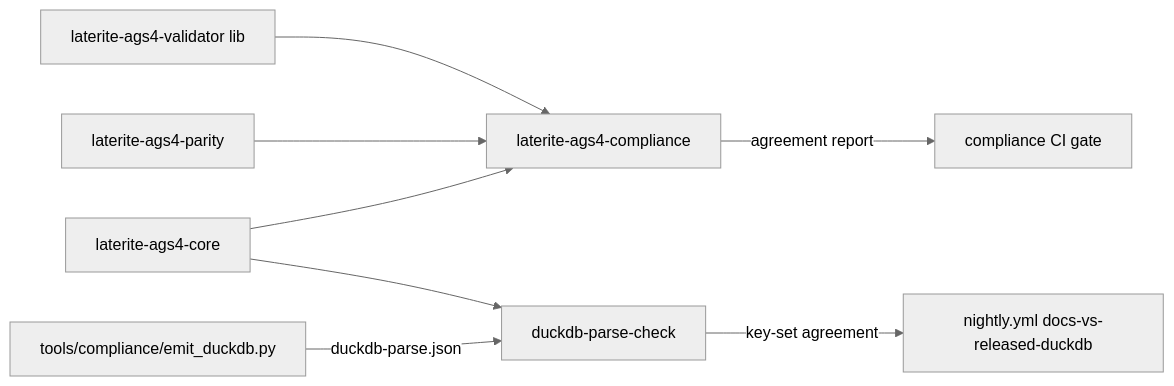
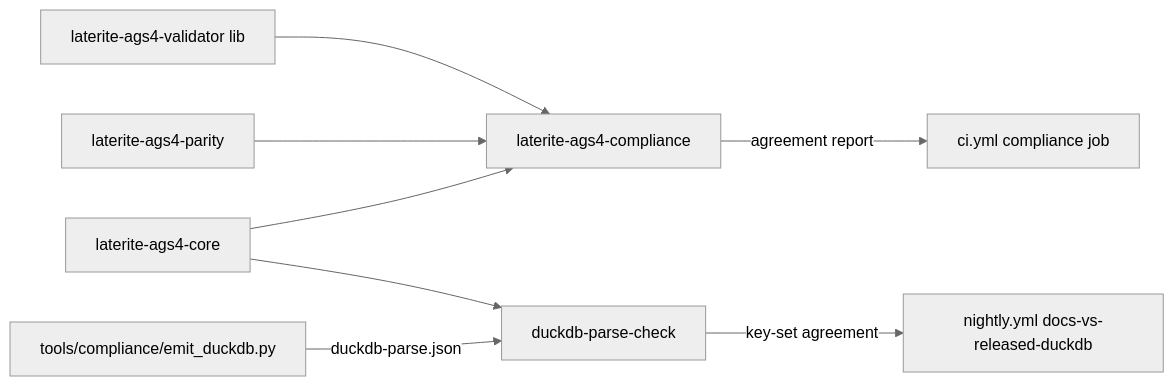
One commit to niko86/laterite changed the diagram in ags-wiki/tools/laterite-ags4-compliance.md. Above: the diagram before and after it, drawn with Mermaid (neutral theme). The commit also changed other lines of this file and 9 other files, not shown here.

````diff
--- a/ags-wiki/tools/laterite-ags4-compliance.md
+++ b/ags-wiki/tools/laterite-ags4-compliance.md
@@ -84,10 +100,10 @@
 ```mermaid
 flowchart LR
   val[laterite-ags4-validator lib] --> comp[laterite-ags4-compliance]
   core[laterite-ags4-core] --> comp
   parity[laterite-ags4-parity] --> comp
-  comp -->|agreement report| ci[compliance CI gate]
+  comp -->|agreement report| ci[ci.yml compliance job]
   emit[tools/compliance/emit_duckdb.py] -->|duckdb-parse.json| dpc[duckdb-parse-check]
   core --> dpc
   dpc -->|key-set agreement| nightly[nightly.yml docs-vs-released-duckdb]
 ```
````
